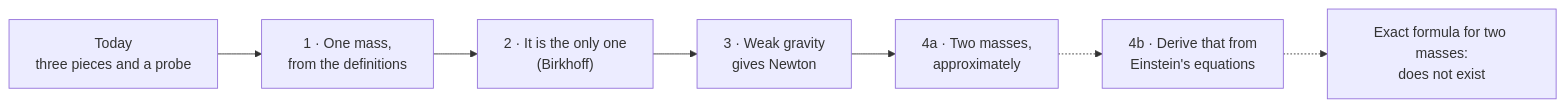
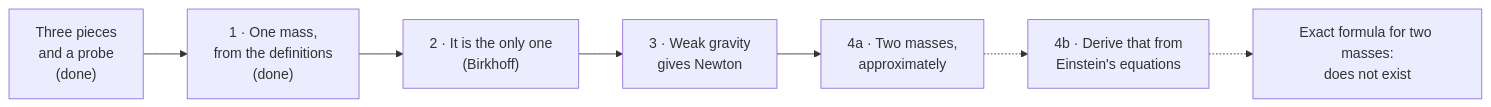
One commit to flujo-app/gravity-in-lean changed the diagram in README.md. Above: the diagram before and after it, drawn with Mermaid. The commit also changed other lines of this file and 6 other files, not shown here.

````diff
--- a/README.md
+++ b/README.md
@@ -26,9 +27,9 @@
 ```mermaid
 flowchart LR
-  T["Today<br/>three pieces and a probe"] --> R1["1 · One mass,<br/>from the definitions"]
+  T["Three pieces<br/>and a probe<br/>(done)"] --> R1["1 · One mass,<br/>from the definitions<br/>(done)"]
   R1 --> R2["2 · It is the only one<br/>(Birkhoff)"]
   R2 --> R3["3 · Weak gravity<br/>gives Newton"]
   R3 --> R4["4a · Two masses,<br/>approximately"]
   R4 -.-> R5["4b · Derive that from<br/>Einstein's equations"]
   R5 -.-> X["Exact formula for two masses:<br/>does not exist"]
 ```
````
